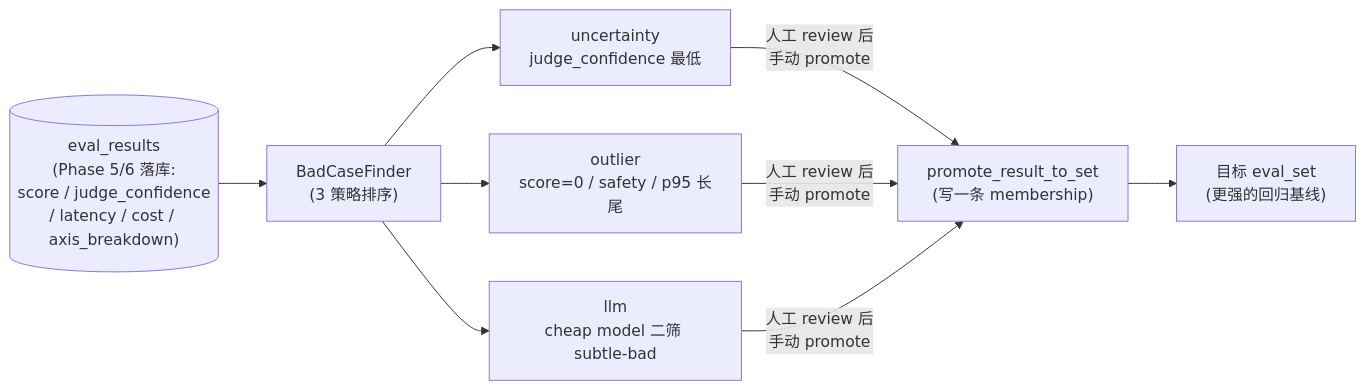
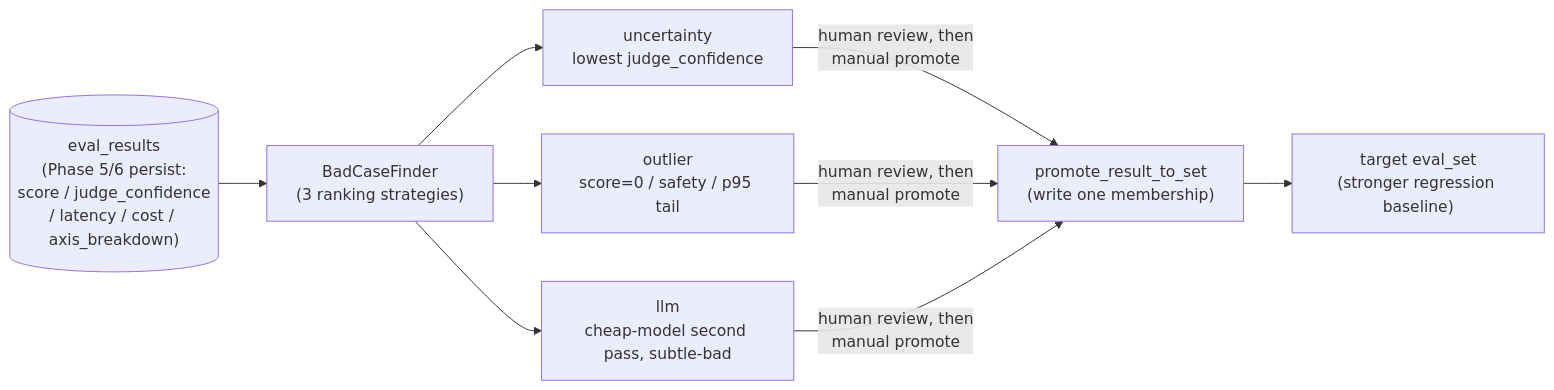
One commit to AndyUneducated/eval-gate changed the first of 2 diagrams in docs/PHASE_7_PLAN.md. Above: the diagram before and after it, drawn with Mermaid. The commit also changed other lines of this file and 22 other files, not shown here.

````diff
--- a/docs/PHASE_7_PLAN.md
+++ b/docs/PHASE_7_PLAN.md
@@ -15,15 +15,15 @@
 ```mermaid
 flowchart LR
-  Results[("eval_results<br/>(Phase 5/6 落库:<br/>score / judge_confidence<br/>/ latency / cost / axis_breakdown)")]
-  Finder["BadCaseFinder<br/>(3 策略排序)"]
-  U["uncertainty<br/>judge_confidence 最低"]
-  O["outlier<br/>score=0 / safety / p95 长尾"]
-  L["llm<br/>cheap model 二筛 subtle-bad"]
-  Promote["promote_result_to_set<br/>(写一条 membership)"]
-  Target["目标 eval_set<br/>(更强的回归基线)"]
+  Results[("eval_results<br/>(Phase 5/6 persist:<br/>score / judge_confidence<br/>/ latency / cost / axis_breakdown)")]
+  Finder["BadCaseFinder<br/>(3 ranking strategies)"]
+  U["uncertainty<br/>lowest judge_confidence"]
+  O["outlier<br/>score=0 / safety / p95 tail"]
+  L["llm<br/>cheap-model second pass, subtle-bad"]
+  Promote["promote_result_to_set<br/>(write one membership)"]
+  Target["target eval_set<br/>(stronger regression baseline)"]
 
   Results --> Finder
   Finder --> U & O & L
-  U & O & L -->|"人工 review 后<br/>手动 promote"| Promote
+  U & O & L -->|"human review, then<br/>manual promote"| Promote
   Promote --> Target
 ```
````
